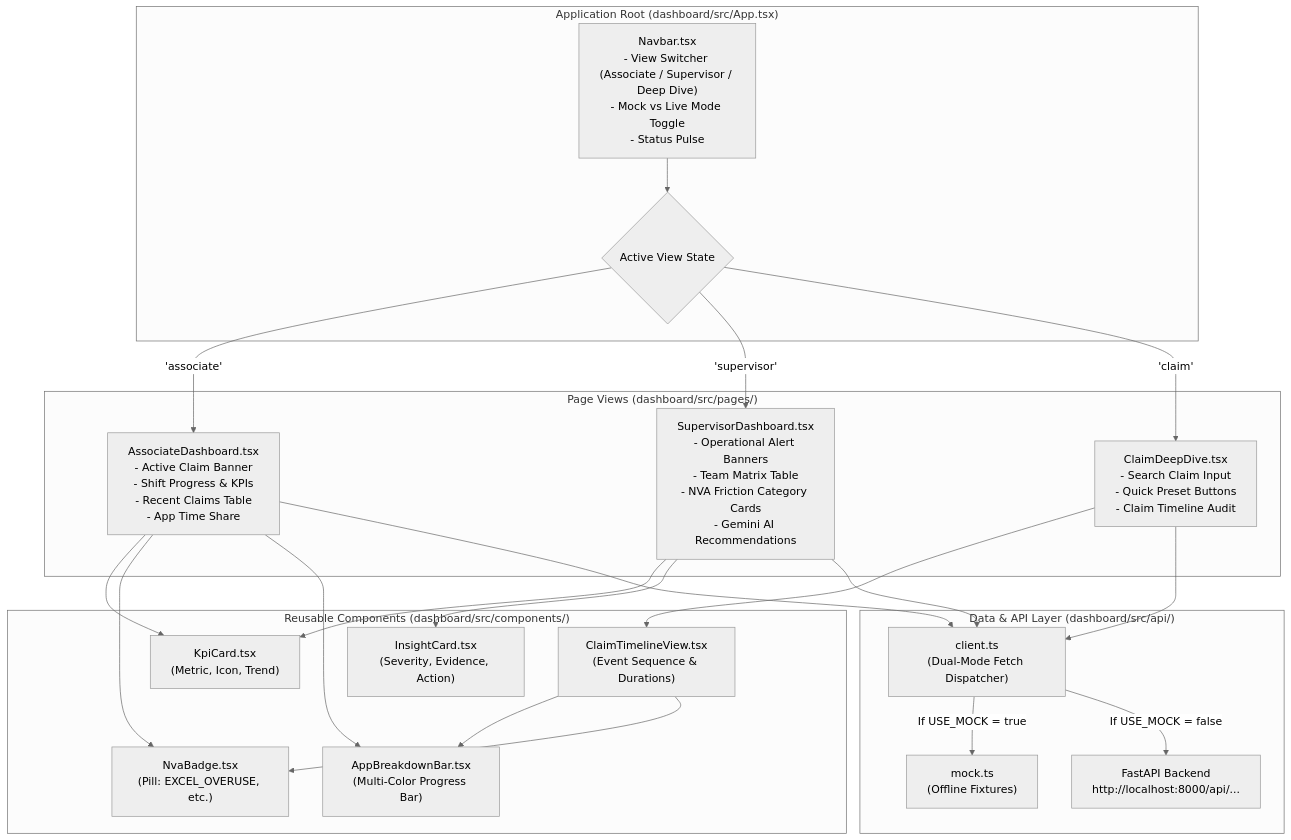
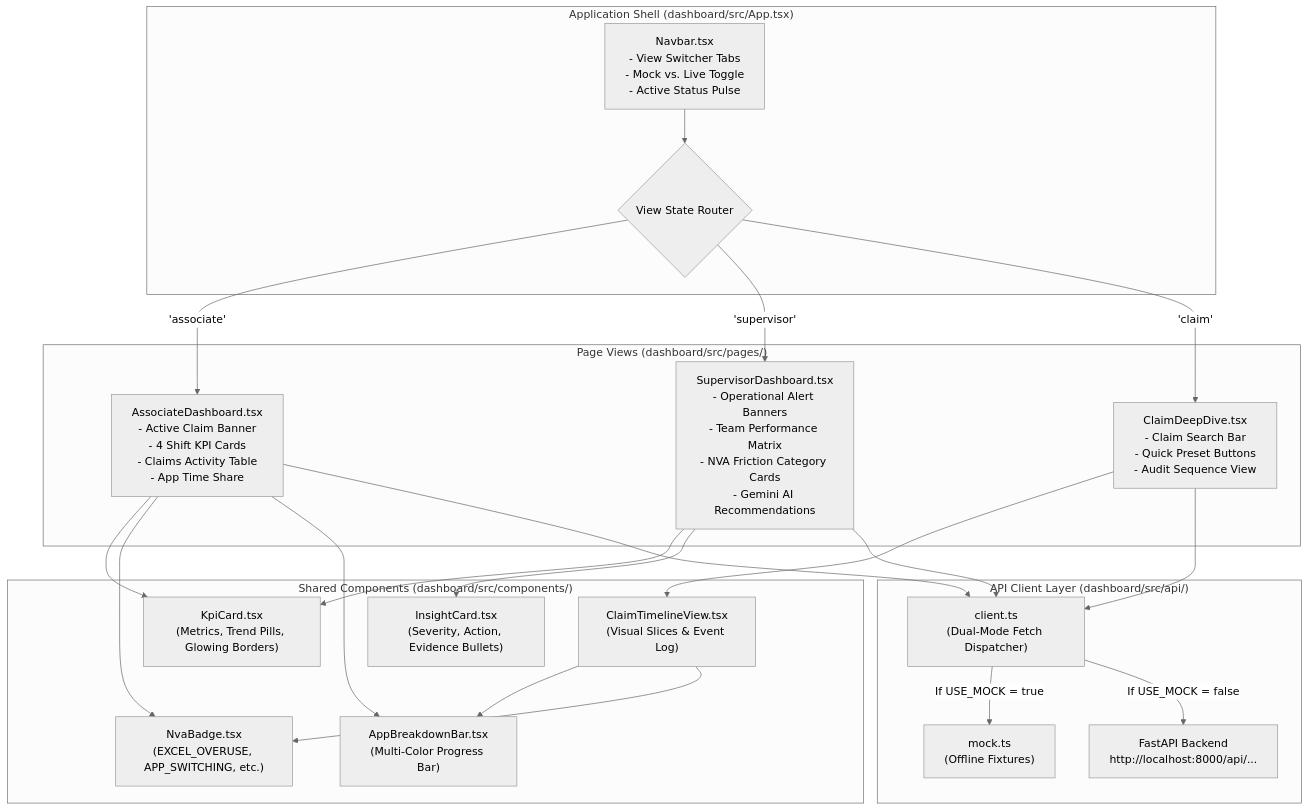
One commit to Gokul2004-ne/TMS changed the diagram in dashboard/README.md. Above: the diagram before and after it, drawn with Mermaid (neutral theme). The commit also changed other lines of this file and 5 other files, not shown here.

````diff
--- a/dashboard/README.md
+++ b/dashboard/README.md
@@ -10,50 +20,50 @@
 ```mermaid
 flowchart TD
-    subgraph RootApp ["Application Root (dashboard/src/App.tsx)"]
-        Nav["Navbar.tsx\n- View Switcher (Associate / Supervisor / Deep Dive)\n- Mock vs Live Mode Toggle\n- Status Pulse"]
-        ViewRouter{"Active View State"}
+    subgraph Root ["Application Shell (dashboard/src/App.tsx)"]
+        Navbar["Navbar.tsx<br/>- View Switcher Tabs<br/>- Mock vs. Live Toggle<br/>- Active Status Pulse"]
+        ViewRouter{"View State Router"}
     end
 
     subgraph Pages ["Page Views (dashboard/src/pages/)"]
-        AssocView["AssociateDashboard.tsx\n- Active Claim Banner\n- Shift Progress & KPIs\n- Recent Claims Table\n- App Time Share"]
-        SuperView["SupervisorDashboard.tsx\n- Operational Alert Banners\n- Team Matrix Table\n- NVA Friction Category Cards\n- Gemini AI Recommendations"]
-        DeepDive["ClaimDeepDive.tsx\n- Search Claim Input\n- Quick Preset Buttons\n- Claim Timeline Audit"]
+        AssocPage["AssociateDashboard.tsx<br/>- Active Claim Banner<br/>- 4 Shift KPI Cards<br/>- Claims Activity Table<br/>- App Time Share"]
+        SuperPage["SupervisorDashboard.tsx<br/>- Operational Alert Banners<br/>- Team Performance Matrix<br/>- NVA Friction Category Cards<br/>- Gemini AI Recommendations"]
+        DeepDivePage["ClaimDeepDive.tsx<br/>- Claim Search Bar<br/>- Quick Preset Buttons<br/>- Audit Sequence View"]
     end
 
-    subgraph SharedComponents ["Reusable Components (dashboard/src/components/)"]
-        KpiCard["KpiCard.tsx\n(Metric, Icon, Trend)"]
-        NvaBadge["NvaBadge.tsx\n(Pill: EXCEL_OVERUSE, etc.)"]
-        AppBar["AppBreakdownBar.tsx\n(Multi-Color Progress Bar)"]
-        InsightCard["InsightCard.tsx\n(Severity, Evidence, Action)"]
-        TimelineView["ClaimTimelineView.tsx\n(Event Sequence & Durations)"]
+    subgraph ReusableComponents ["Shared Components (dashboard/src/components/)"]
+        KpiCard["KpiCard.tsx<br/>(Metrics, Trend Pills, Glowing Borders)"]
+        NvaBadge["NvaBadge.tsx<br/>(EXCEL_OVERUSE, APP_SWITCHING, etc.)"]
+        AppBar["AppBreakdownBar.tsx<br/>(Multi-Color Progress Bar)"]
+        InsightCard["InsightCard.tsx<br/>(Severity, Action, Evidence Bullets)"]
+        TimelineView["ClaimTimelineView.tsx<br/>(Visual Slices & Event Log)"]
     end
 
-    subgraph DataLayer ["Data & API Layer (dashboard/src/api/)"]
-        Client["client.ts\n(Dual-Mode Fetch Dispatcher)"]
-        MockData["mock.ts\n(Offline Fixtures)"]
-        BackendAPI["FastAPI Backend\nhttp://localhost:8000/api/..."]
+    subgraph DataClient ["API Client Layer (dashboard/src/api/)"]
+        Client["client.ts<br/>(Dual-Mode Fetch Dispatcher)"]
+        MockData["mock.ts<br/>(Offline Fixtures)"]
+        BackendAPI["FastAPI Backend<br/>http://localhost:8000/api/..."]
     end
 
-    Nav --> ViewRouter
-    ViewRouter -->|'associate'| AssocView
-    ViewRouter -->|'supervisor'| SuperView
-    ViewRouter -->|'claim'| DeepDive
+    Navbar --> ViewRouter
+    ViewRouter -->|'associate'| AssocPage
+    ViewRouter -->|'supervisor'| SuperPage
+    ViewRouter -->|'claim'| DeepDivePage
 
-    AssocView --> KpiCard
-    AssocView --> NvaBadge
-    AssocView --> AppBar
+    AssocPage --> KpiCard
+    AssocPage --> NvaBadge
+    AssocPage --> AppBar
 
-    SuperView --> KpiCard
-    SuperView --> InsightCard
+    SuperPage --> KpiCard
+    SuperPage --> InsightCard
 
-    DeepDive --> TimelineView
+    DeepDivePage --> TimelineView
     TimelineView --> AppBar
     TimelineView --> NvaBadge
 
-    AssocView --> Client
-    SuperView --> Client
-    DeepDive --> Client
+    AssocPage --> Client
+    SuperPage --> Client
+    DeepDivePage --> Client
 
     Client -->|"If USE_MOCK = true"| MockData
     Client -->|"If USE_MOCK = false"| BackendAPI
 ```
````
